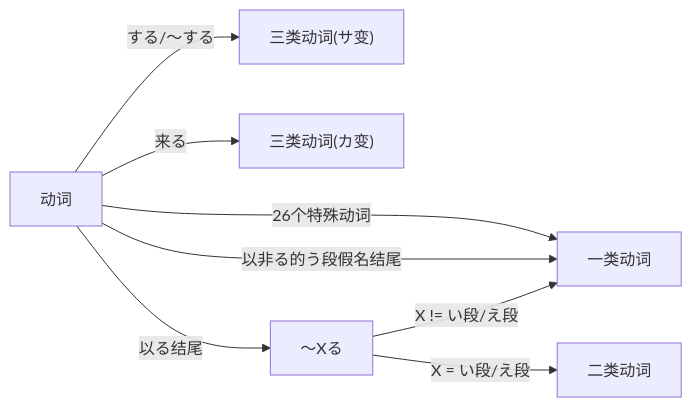
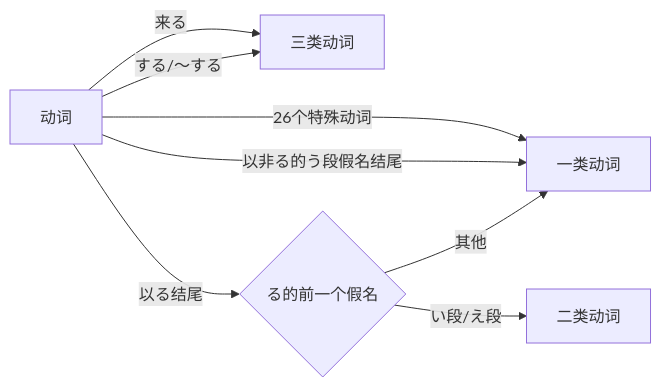
One commit to changliu0828/changliu0828.github.io changed the diagram in content/ch/post/japanese-learning-note.md. Above: the diagram before and after it, drawn with Mermaid. The commit also changed other lines of this file and 32 other files, not shown here.

```diff
--- a/content/ch/post/japanese-learning-note.md
+++ b/content/ch/post/japanese-learning-note.md
@@ -26,16 +33,15 @@
 {{< mermaid >}}
 graph LR
     A["动词"]
     B["一类动词"]
     C["二类动词"]
-    D["三类动词(サ变)"]
-    E["三类动词(カ变)"]
-    F["～Xる"]
-    A -->|"来る"| E
-    A -->|"する/〜する"| D
+    D["三类动词"]
+    E{"る的前一个假名"}
     A -->|"26个特殊动词"| B
     A -->|以非る的う段假名结尾| B
-    A -->|以る结尾| F
-    F -->|"X != い段/え段"| B
-    F -->|"X = い段/え段"| C
+    A -->|以る结尾| E
+    A -->|"来る"| D
+    A -->|"する/〜する"| D
+    E -- "い段/え段" --> C
+    E -- "其他" --> B
 {{< /mermaid >}}
```
